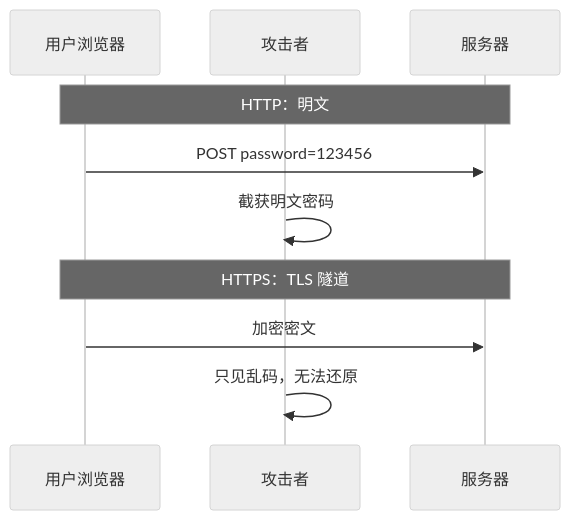
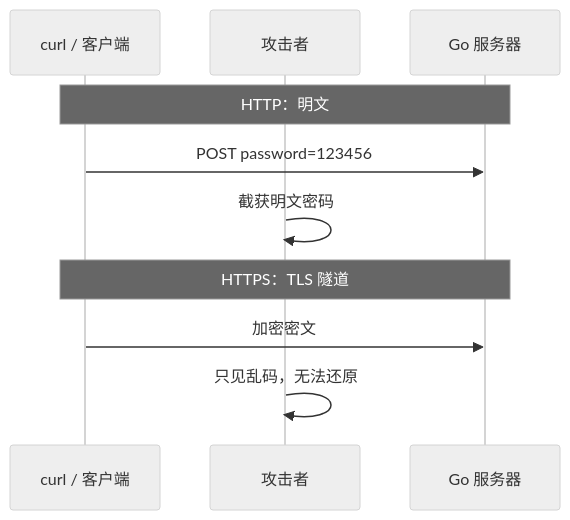
The second of 9 diagrams in 前端学习/计算机网络/05-HTTPS与TLS加密.md (moqix26/study), drawn with Mermaid (neutral theme) before and after one commit. The commit also changed other lines of this file and 10 other files, not shown here.

````diff
--- a/前端学习/计算机网络/05-HTTPS与TLS加密.md
+++ b/前端学习/计算机网络/05-HTTPS与TLS加密.md
@@ -143,12 +162,12 @@
 ```mermaid
 sequenceDiagram
-    participant U as 用户浏览器
+    participant C as curl / 客户端
     participant A as 攻击者
-    participant S as 服务器
-    Note over U,S: HTTP：明文
-    U->>S: POST password=123456
+    participant S as Go 服务器
+    Note over C,S: HTTP：明文
+    C->>S: POST password=123456
     A->>A: 截获明文密码
-    Note over U,S: HTTPS：TLS 隧道
-    U->>S: 加密密文
+    Note over C,S: HTTPS：TLS 隧道
+    C->>S: 加密密文
     A->>A: 只见乱码，无法还原
 ```
````
